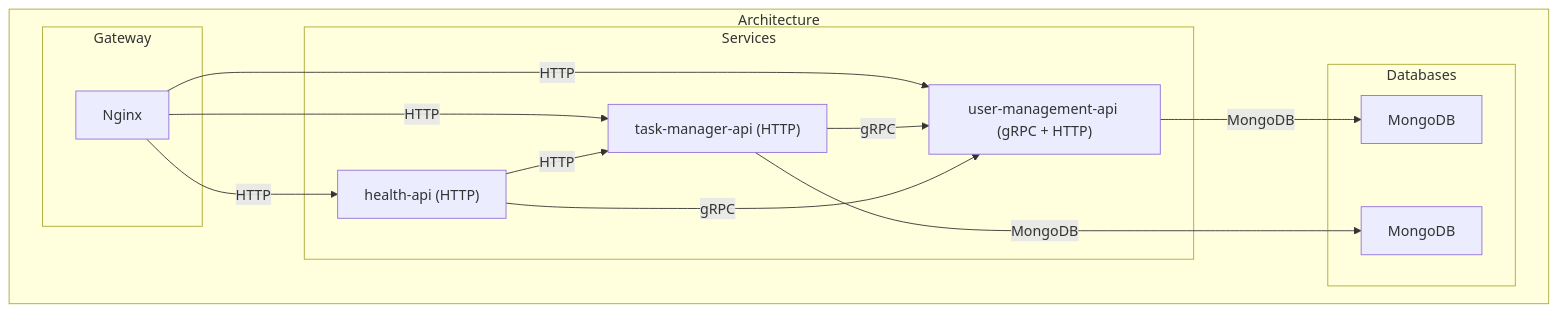
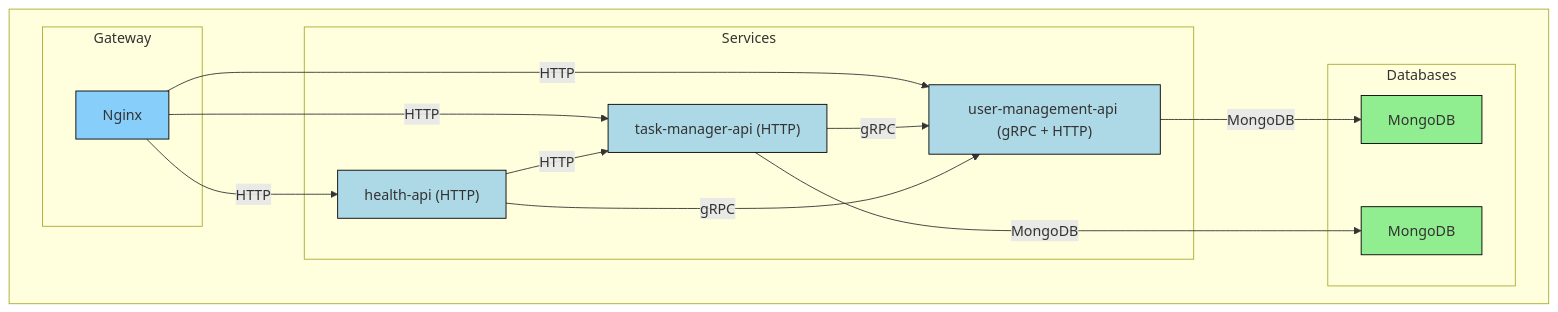
Before and after one commit to sergicanet9/go-microservices-demo: the diagram in README.md, drawn with Mermaid.

````diff
--- a/README.md
+++ b/README.md
@@ -22,33 +22,40 @@
 ```mermaid
 graph TD
-    subgraph Architecture
+    subgraph  
         subgraph "Gateway"
             NG[Nginx]
         end
 
         subgraph "Services"
             UM["user-management-api (gRPC + HTTP)"]
             TM["task-manager-api (HTTP)"]
             HA["health-api (HTTP)"]
         end
 
         subgraph "Databases"
             MDB-UM[MongoDB]
             MDB-TM[MongoDB]
         end
     end
 
     %% HTTP traffic through Nginx
     NG -->|HTTP| UM
     NG -->|HTTP| TM
     NG -->|HTTP| HA
 
     %% Internal communications
     TM -->|gRPC| UM
     HA -->|gRPC| UM
     HA -->|HTTP| TM
 
     %% Database connections
     UM -->|MongoDB| MDB-UM
     TM -->|MongoDB| MDB-TM
+    %% Styles
+    style NG fill:#87CEFA,stroke:#000,stroke-width:1px
+    style UM fill:#ADD8E6,stroke:#000,stroke-width:1px
+    style TM fill:#ADD8E6,stroke:#000,stroke-width:1px
+    style HA fill:#ADD8E6,stroke:#000,stroke-width:1px
+    style MDB-UM fill:#90EE90,stroke:#000,stroke-width:1px
+    style MDB-TM fill:#90EE90,stroke:#000,stroke-width:1px
 ```
````
